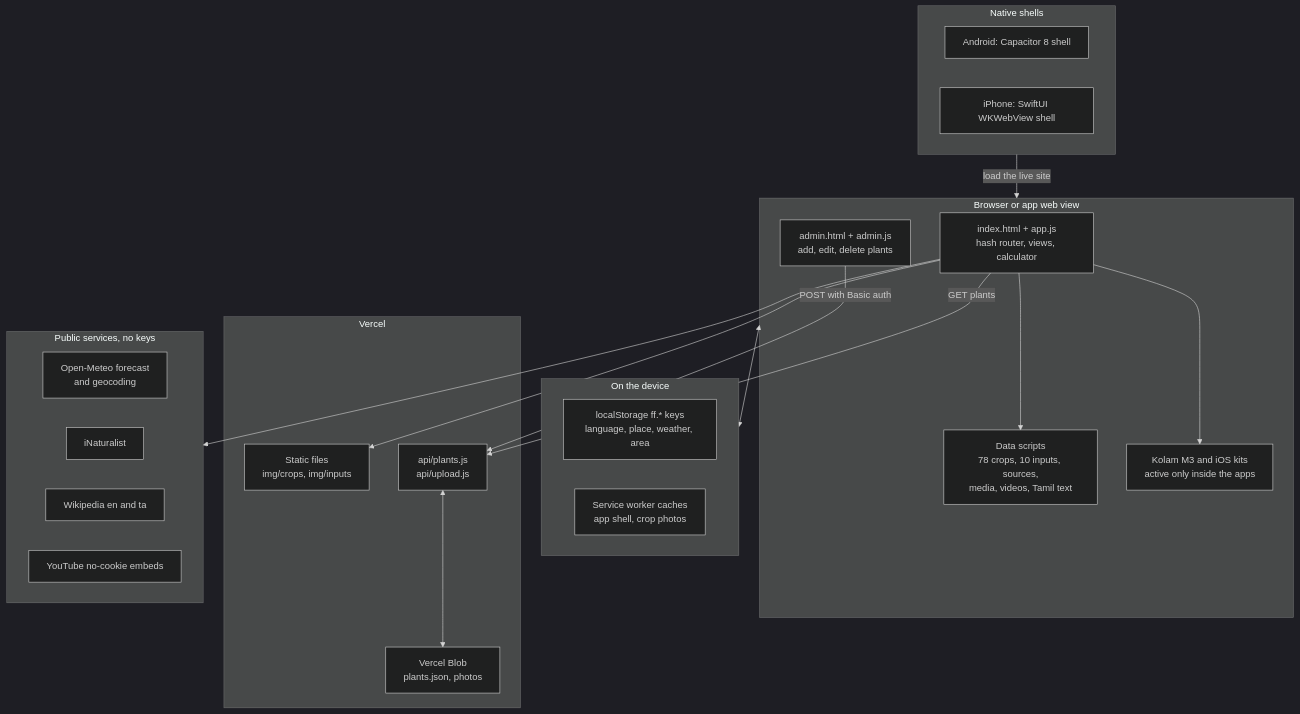
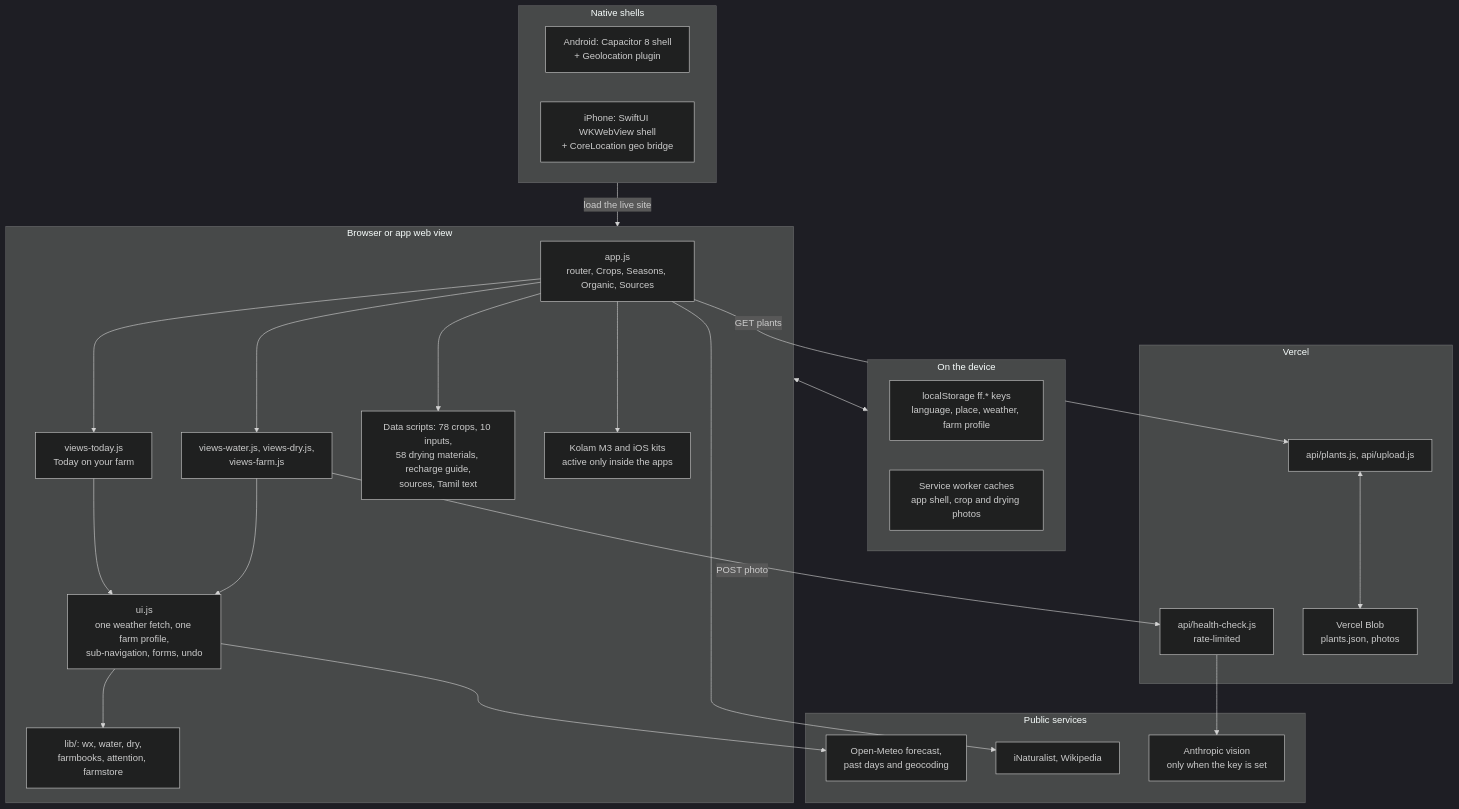
Before and after one commit to tgopinath/farmer-friend: the first of 7 diagrams in ARCHITECTURE.md, drawn with Mermaid (dark theme). The commit also changed other lines of this file and 5 other files, not shown here.

Commit message:
Combined app: architecture and README for the five sections, fresh portfolio shots

````diff
--- a/ARCHITECTURE.md
+++ b/ARCHITECTURE.md
@@ -13,37 +13,45 @@
 ```mermaid
 flowchart TB
   subgraph Shells["Native shells"]
-    And["Android: Capacitor 8 shell"]
-    IOS["iPhone: SwiftUI WKWebView shell"]
+    And["Android: Capacitor 8 shell<br>+ Geolocation plugin"]
+    IOS["iPhone: SwiftUI WKWebView shell<br>+ CoreLocation geo bridge"]
   end
   subgraph Client["Browser or app web view"]
-    UI["index.html + app.js<br>hash router, views, calculator"]
-    Data["Data scripts<br>78 crops, 10 inputs, sources,<br>media, videos, Tamil text"]
+    Core["app.js<br>router, Crops, Seasons, Organic, Sources"]
+    Today["views-today.js<br>Today on your farm"]
+    Sec["views-water.js, views-dry.js,<br>views-farm.js"]
+    UI["ui.js<br>one weather fetch, one farm profile,<br>sub-navigation, forms, undo"]
+    Lib["lib/: wx, water, dry,<br>farmbooks, attention, farmstore"]
+    Data["Data scripts: 78 crops, 10 inputs,<br>58 drying materials, recharge guide,<br>sources, Tamil text"]
     Kits["Kolam M3 and iOS kits<br>active only inside the apps"]
-    Admin["admin.html + admin.js<br>add, edit, delete plants"]
   end
   subgraph State["On the device"]
-    LS["localStorage ff.* keys<br>language, place, weather, area"]
-    SW["Service worker caches<br>app shell, crop photos"]
+    LS["localStorage ff.* keys<br>language, place, weather, farm profile"]
+    SW["Service worker caches<br>app shell, crop and drying photos"]
   end
   subgraph Vercel["Vercel"]
-    Static["Static files<br>img/crops, img/inputs"]
-    API["api/plants.js<br>api/upload.js"]
+    API["api/plants.js, api/upload.js"]
+    HC["api/health-check.js<br>rate-limited"]
     Blob["Vercel Blob<br>plants.json, photos"]
   end
-  subgraph APIs["Public services, no keys"]
-    OM["Open-Meteo forecast<br>and geocoding"]
-    INat["iNaturalist"]
-    WP["Wikipedia en and ta"]
-    YT["YouTube no-cookie embeds"]
+  subgraph APIs["Public services"]
+    OM["Open-Meteo forecast,<br>past days and geocoding"]
+    INat["iNaturalist, Wikipedia"]
+    AN["Anthropic vision<br>only when the key is set"]
   end
   Shells -->|"load the live site"| Client
-  UI --> Data
-  UI --> Kits
+  Core --> Today
+  Core --> Sec
+  Today --> UI
+  Sec --> UI
+  UI --> Lib
+  Core --> Data
+  Core --> Kits
   Client <--> State
-  UI -->|"GET plants"| API
-  Admin -->|"POST with Basic auth"| API
+  Core -->|"GET plants"| API
   API <--> Blob
-  UI --> Static
-  UI --> APIs
+  Sec -->|"POST photo"| HC
+  HC --> AN
+  UI --> OM
+  Core --> INat
 ```
````
